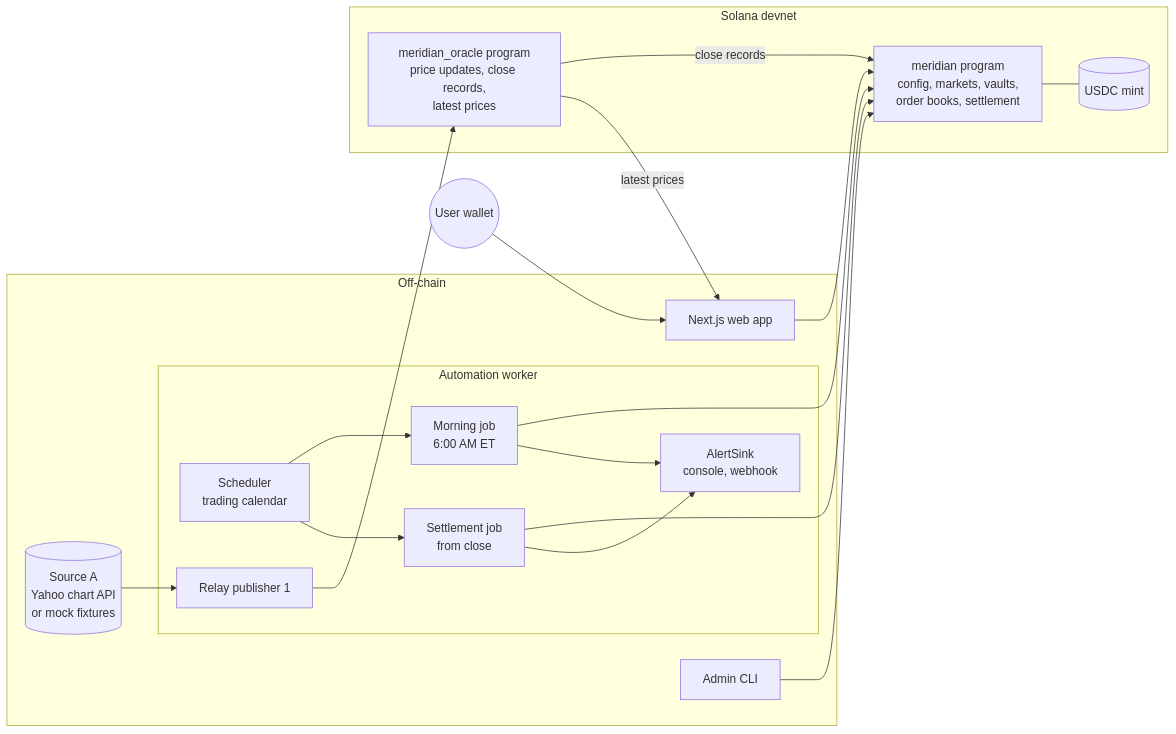
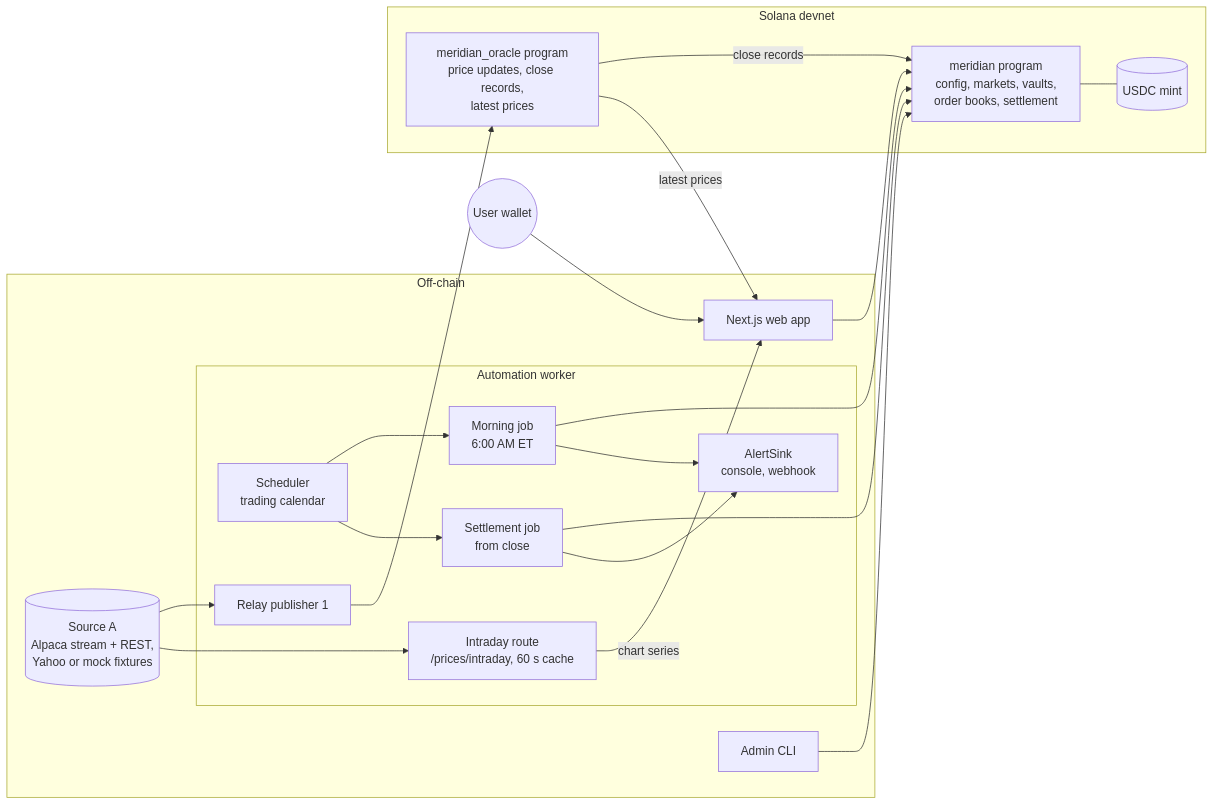
One commit to Joe-Alfaro/Binary-Stock-Outcome-Markets-on-Blockchain changed the diagram in ARCHITECTURE.md. Above: the diagram before and after it, drawn with Mermaid. The commit also changed other lines of this file and 1 other file, not shown here.

First line of the commit message:
docs: refresh ARCHITECTURE for current main

````diff
--- a/ARCHITECTURE.md
+++ b/ARCHITECTURE.md
@@ -31,34 +31,36 @@
 ```mermaid
 flowchart LR
   subgraph OffChain[Off-chain]
-    SrcA[(Source A<br/>Yahoo chart API<br/>or mock fixtures)]
+    SrcA[(Source A<br/>Alpaca stream + REST,<br/>Yahoo or mock fixtures)]
     subgraph Worker[Automation worker]
       Sched[Scheduler<br/>trading calendar]
       Morning[Morning job<br/>6:00 AM ET]
       Settle[Settlement job<br/>from close]
       Relay1[Relay publisher 1]
       Alerts[AlertSink<br/>console, webhook]
+      Intraday[Intraday route<br/>/prices/intraday, 60 s cache]
     end
     Web[Next.js web app]
     Admin[Admin CLI]
   end
 
   subgraph Solana[Solana devnet]
     Oracle[meridian_oracle program<br/>price updates, close records,<br/>latest prices]
     Core[meridian program<br/>config, markets, vaults,<br/>order books, settlement]
     USDC[(USDC mint)]
   end
 
   Wallet((User wallet))
 
   SrcA --> Relay1 --> Oracle
+  SrcA --> Intraday -- chart series --> Web
   Sched --> Morning --> Core
   Sched --> Settle --> Core
   Oracle -- close records --> Core
   Oracle -- latest prices --> Web
   Settle --> Alerts
   Morning --> Alerts
   Admin --> Core
   Wallet --> Web --> Core
   Core --- USDC
 ```
````
